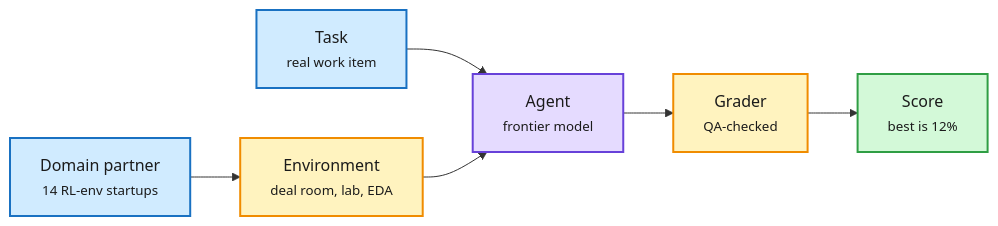
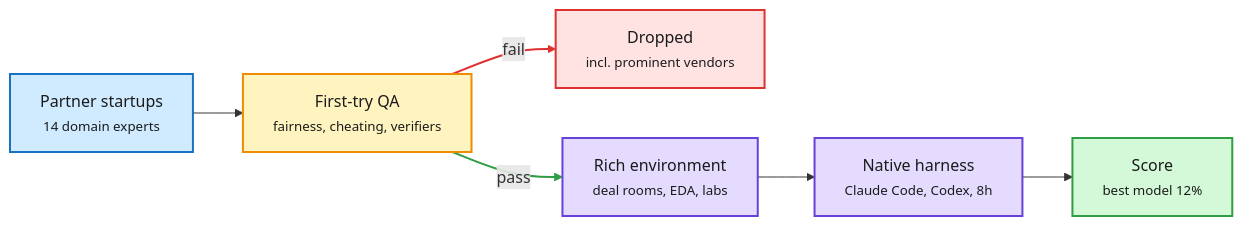
One commit to bayesiansapien/cere-bro changed the diagram in wiki/agentic-systems/2026-11-02-semianalysis-gdpx-benchmark.md. Above: the diagram before and after it, drawn with Mermaid. The commit also changed other lines of this file, not shown here.

````diff
--- a/wiki/agentic-systems/2026-11-02-semianalysis-gdpx-benchmark.md
+++ b/wiki/agentic-systems/2026-11-02-semianalysis-gdpx-benchmark.md
@@ -14,17 +14,20 @@
 ```mermaid
 flowchart LR
-  P["Domain partner<br/><small>14 RL-env startups</small>"] --> E["Environment<br/><small>deal room, lab, EDA</small>"]
-  T["Task<br/><small>real work item</small>"] --> A["Agent<br/><small>frontier model</small>"]
-  E --> A
-  A --> G["Grader<br/><small>QA-checked</small>"]
-  G --> S["Score<br/><small>best is 12%</small>"]
+  P["Partner startups<br/><small>14 domain experts</small>"] --> Q["First-try QA<br/><small>fairness, cheating, verifiers</small>"]
+  Q -->|fail| D["Dropped<br/><small>incl. prominent vendors</small>"]
+  Q -->|pass| E["Rich environment<br/><small>deal rooms, EDA, labs</small>"]
+  E --> A["Native harness<br/><small>Claude Code, Codex, 8h</small>"]
+  A --> S["Score<br/><small>best model 12%</small>"]
   classDef input fill:#d0ebff,stroke:#1971c2,color:#1b1b1b,stroke-width:2px
+  classDef loop fill:#fff3bf,stroke:#f08c00,color:#1b1b1b,stroke-width:2px
   classDef core fill:#e5dbff,stroke:#6741d9,color:#1b1b1b,stroke-width:2px
-  classDef loop fill:#fff3bf,stroke:#f08c00,color:#1b1b1b,stroke-width:2px
   classDef exit fill:#d3f9d8,stroke:#2f9e44,color:#1b1b1b,stroke-width:2px
-  class P,T input
-  class E loop
-  class A core
-  class G loop
+  classDef err fill:#ffe3e3,stroke:#e03131,color:#1b1b1b,stroke-width:2px
+  class P input
+  class Q loop
+  class D err
+  class E,A core
   class S exit
+  linkStyle 1 stroke:#e03131,stroke-width:2px
+  linkStyle 2 stroke:#2f9e44,stroke-width:2px
 ```
````
